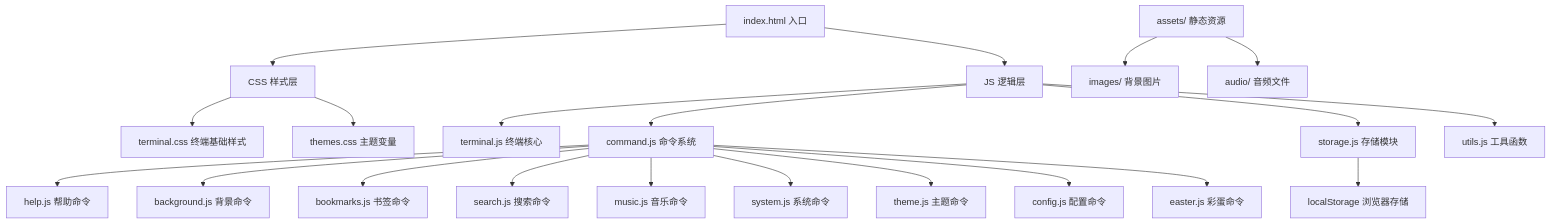
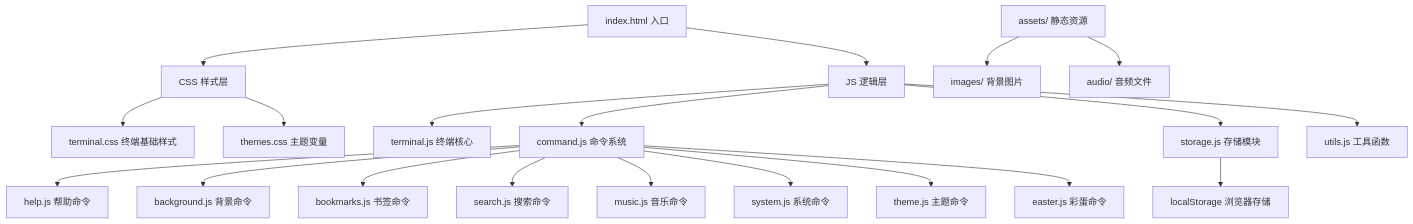
Before and after one commit to shikunshan/geek-start: the diagram in .trae/documents/technical-architecture.md, drawn with Mermaid. The commit also changed other lines of this file and 11 other files, not shown here.

````diff
--- a/.trae/documents/technical-architecture.md
+++ b/.trae/documents/technical-architecture.md
@@ -5,28 +5,27 @@
 ```mermaid
 graph TD
     A["index.html 入口"] --> B["CSS 样式层"]
     A --> C["JS 逻辑层"]
     
     B --> B1["terminal.css 终端基础样式"]
     B --> B2["themes.css 主题变量"]
     
     C --> D["terminal.js 终端核心"]
     C --> E["command.js 命令系统"]
     C --> F["storage.js 存储模块"]
     C --> G["utils.js 工具函数"]
     
     E --> E1["help.js 帮助命令"]
     E --> E2["background.js 背景命令"]
     E --> E3["bookmarks.js 书签命令"]
     E --> E4["search.js 搜索命令"]
     E --> E5["music.js 音乐命令"]
     E --> E6["system.js 系统命令"]
     E --> E7["theme.js 主题命令"]
-    E --> E8["config.js 配置命令"]
-    E --> E9["easter.js 彩蛋命令"]
+    E --> E8["easter.js 彩蛋命令"]
     
     F --> H["localStorage 浏览器存储"]
     
     I["assets/ 静态资源"] --> I1["images/ 背景图片"]
     I --> I2["audio/ 音频文件"]
 ```
````
